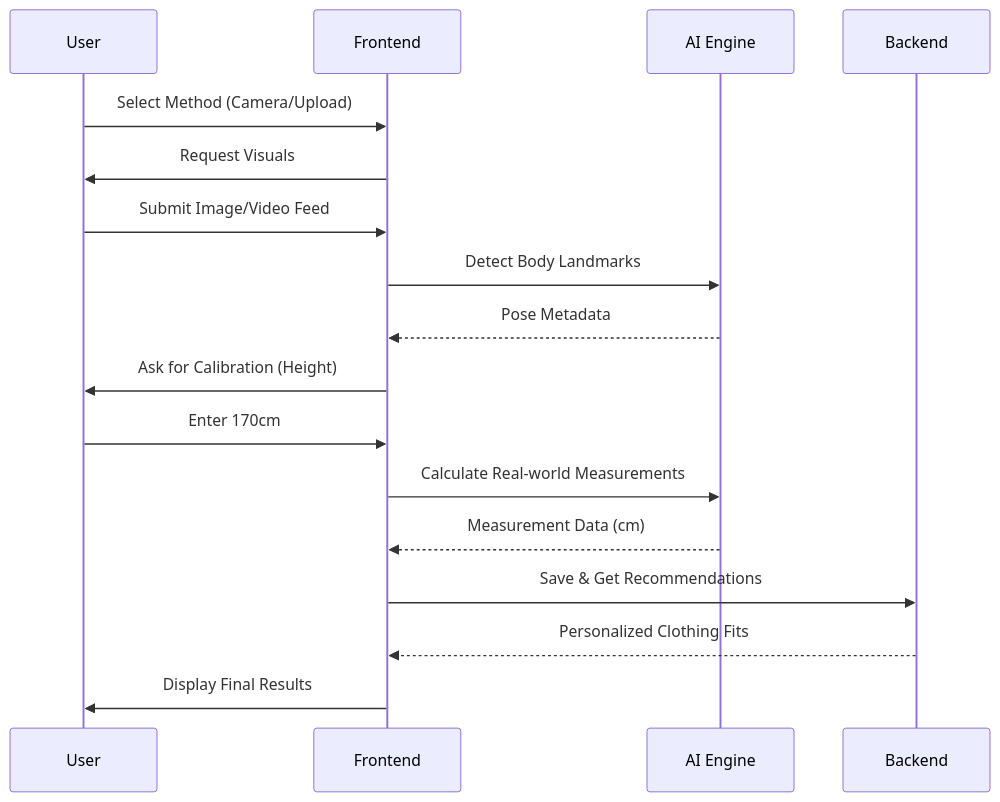
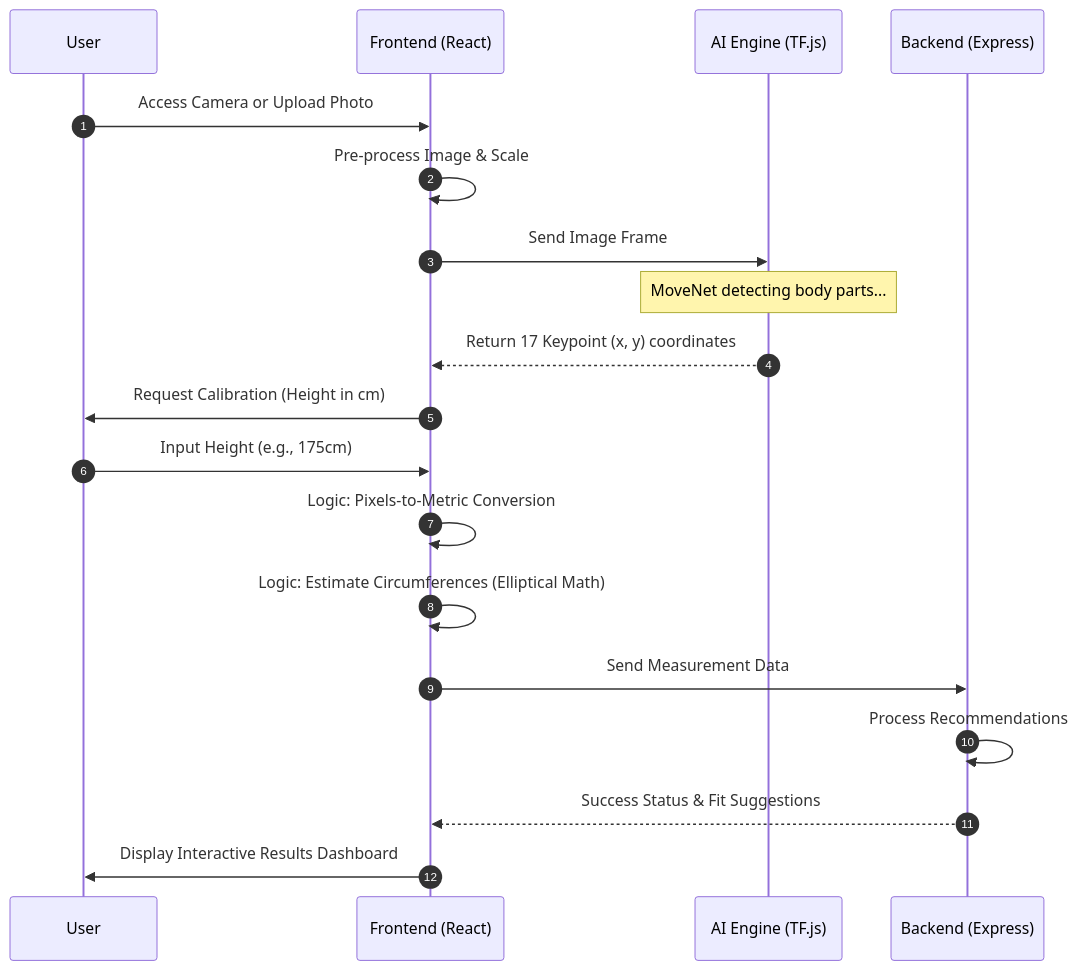
One commit to quantumNexus0/AI_Body_Measurement_System_for_Fashion_Technology changed the second of 2 diagrams in README.md. Above: the diagram before and after it, drawn with Mermaid. The commit also changed other lines of this file and 1 other file, not shown here.

Commit message:
docs: improve README flow and tech stack, add Hinglish explanation

````diff
--- a/README.md
+++ b/README.md
@@ -65,20 +68,22 @@
 ```mermaid
 sequenceDiagram
+    autonumber
     participant U as User
-    participant F as Frontend
-    participant AI as AI Engine
-    participant B as Backend
+    participant F as Frontend (React)
+    participant AI as AI Engine (TF.js)
+    participant B as Backend (Express)
 
-    U->>F: Select Method (Camera/Upload)
-    F->>U: Request Visuals
-    U->>F: Submit Image/Video Feed
-    F->>AI: Detect Body Landmarks
-    AI-->>F: Pose Metadata
-    F->>U: Ask for Calibration (Height)
-    U->>F: Enter 170cm
-    F->>AI: Calculate Real-world Measurements
-    AI-->>F: Measurement Data (cm)
-    F->>B: Save & Get Recommendations
-    B-->>F: Personalized Clothing Fits
-    F->>U: Display Final Results
+    U->>F: Access Camera or Upload Photo
+    F->>F: Pre-process Image & Scale
+    F->>AI: Send Image Frame
+    Note over AI: MoveNet detecting body parts...
+    AI-->>F: Return 17 Keypoint (x, y) coordinates
+    F->>U: Request Calibration (Height in cm)
+    U->>F: Input Height (e.g., 175cm)
+    F->>F: Logic: Pixels-to-Metric Conversion
+    F->>F: Logic: Estimate Circumferences (Elliptical Math)
+    F->>B: Send Measurement Data
+    B->>B: Process Recommendations
+    B-->>F: Success Status & Fit Suggestions
+    F->>U: Display Interactive Results Dashboard
 ```
````
